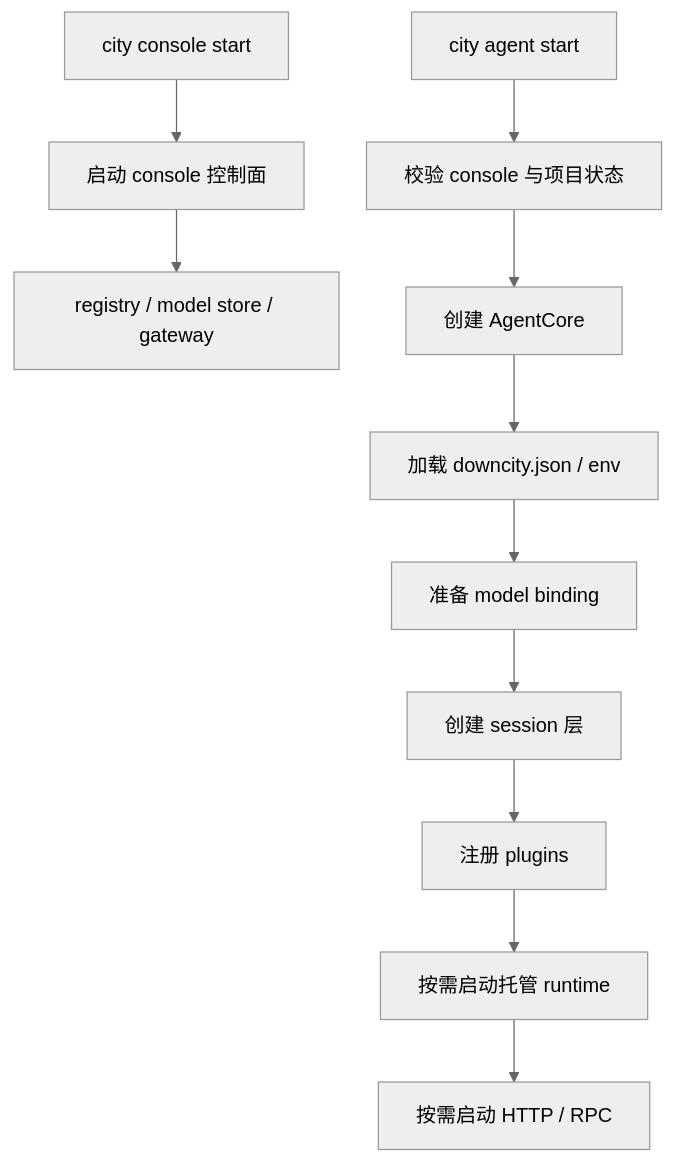
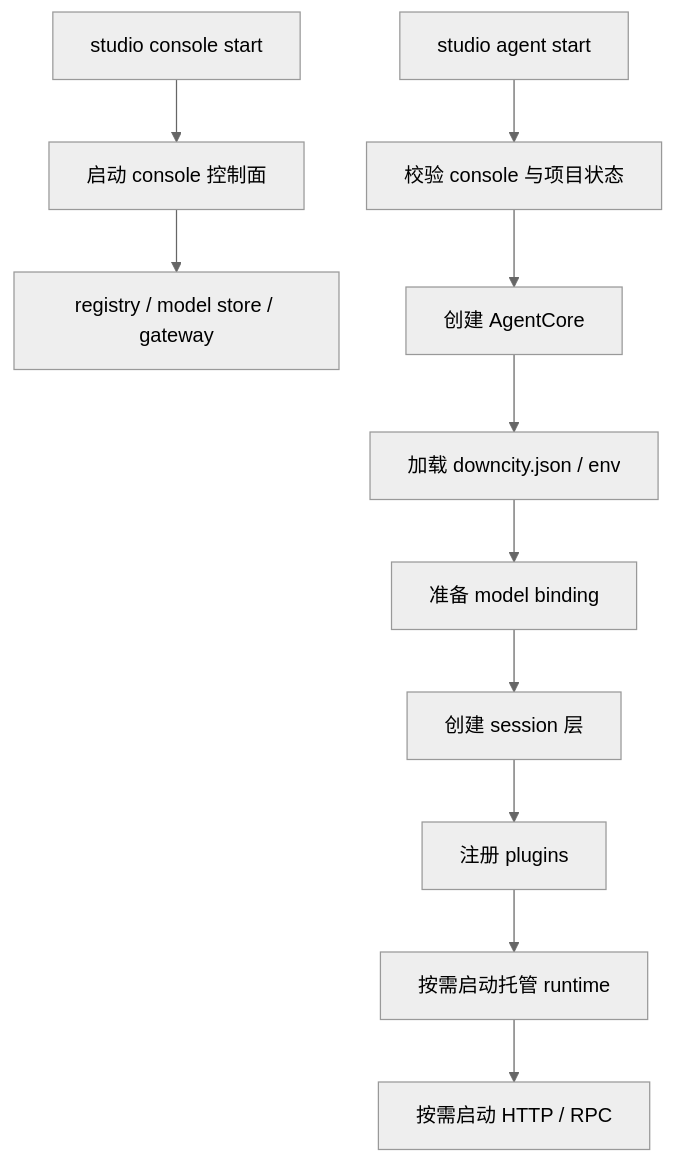
The second of 3 diagrams in homepage/content/devdocs/zh/architecture/system-logic.mdx (wangenius/downcity), drawn with Mermaid (neutral theme) before and after one commit. The commit also changed 1024 other files, not shown here.

Commit message:
refactor: align city gate studio naming

````diff
--- a/homepage/content/devdocs/zh/architecture/system-logic.mdx
+++ b/homepage/content/devdocs/zh/architecture/system-logic.mdx
@@ -111,14 +111,14 @@
 ```mermaid
 flowchart TD
-  A["city console start"] --> B["启动 console 控制面"]
+  A["studio console start"] --> B["启动 console 控制面"]
   B --> C["registry / model store / gateway"]
 
-  D["city agent start"] --> E["校验 console 与项目状态"]
+  D["studio agent start"] --> E["校验 console 与项目状态"]
   E --> F["创建 AgentCore"]
   F --> G["加载 downcity.json / env"]
   G --> H["准备 model binding"]
   H --> I["创建 session 层"]
   I --> J["注册 plugins"]
   J --> K["按需启动托管 runtime"]
   K --> L["按需启动 HTTP / RPC"]
 ```
````
